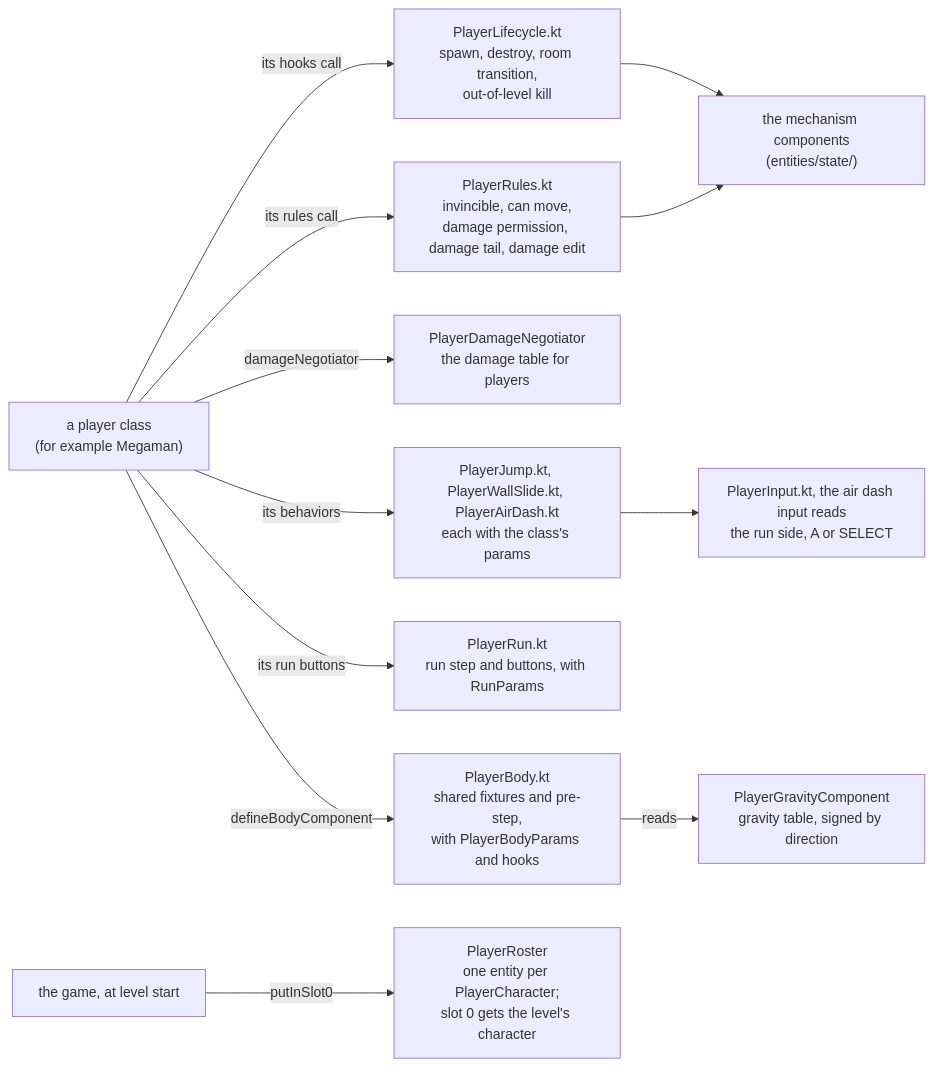
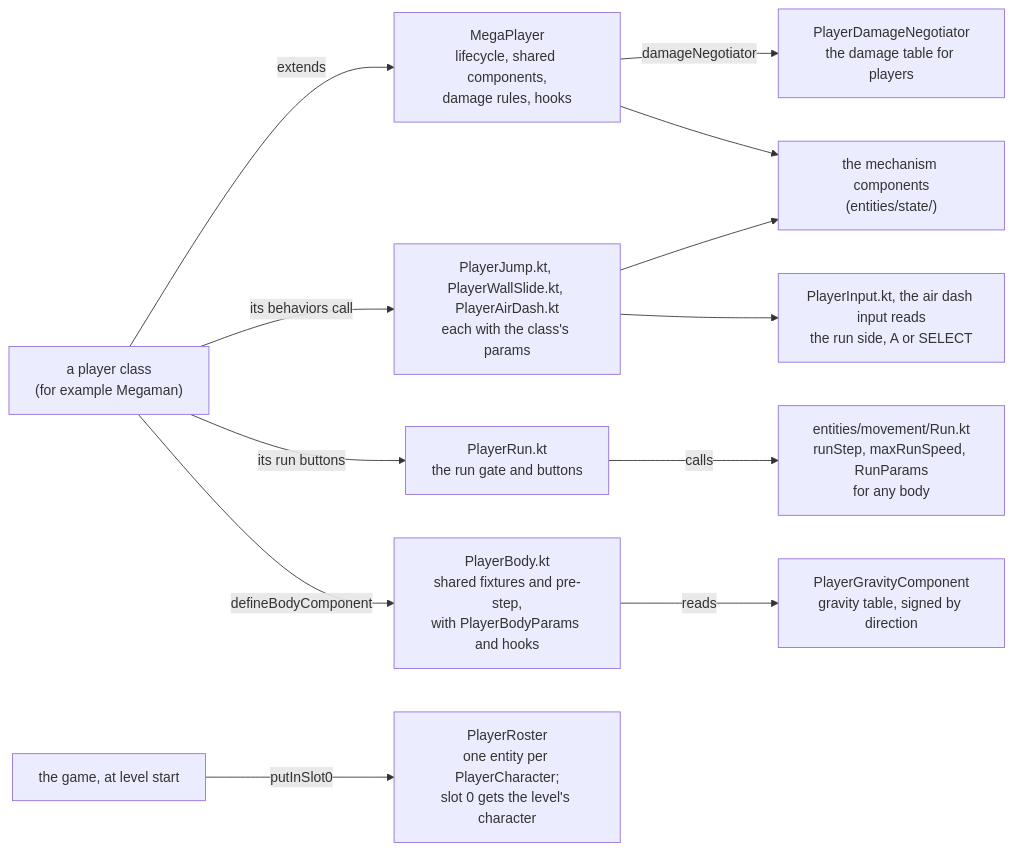
The first of 2 diagrams in core/src/main/kotlin/com/megaman/maverick/game/players/README.md (JohnLavender474/Megaman-Maverick), drawn with Mermaid before and after one commit. The commit also changed other lines of this file and 53 other files, not shown here.

````diff
--- a/core/src/main/kotlin/com/megaman/maverick/game/players/README.md
+++ b/core/src/main/kotlin/com/megaman/maverick/game/players/README.md
@@ -23,14 +28,14 @@
 ```mermaid
 flowchart LR
-    Class["a player class<br/>(for example Megaman)"] -- "its hooks call" --> Lifecycle["PlayerLifecycle.kt<br/>spawn, destroy, room transition,<br/>out-of-level kill"]
-    Class -- "its rules call" --> Rules["PlayerRules.kt<br/>invincible, can move,<br/>damage permission, damage tail, damage edit"]
-    Class -- "damageNegotiator" --> Negotiator["PlayerDamageNegotiator<br/>the damage table for players"]
-    Class -- "its behaviors" --> Moves["PlayerJump.kt, PlayerWallSlide.kt, PlayerAirDash.kt<br/>each with the class's params"]
-    Class -- "its run buttons" --> Run["PlayerRun.kt<br/>run step and buttons, with RunParams"]
+    Class["a player class<br/>(for example Megaman)"] -- "extends" --> Base["MegaPlayer<br/>lifecycle, shared components,<br/>damage rules, hooks"]
+    Base -- "damageNegotiator" --> Negotiator["PlayerDamageNegotiator<br/>the damage table for players"]
+    Class -- "its behaviors call" --> Moves["PlayerJump.kt, PlayerWallSlide.kt, PlayerAirDash.kt<br/>each with the class's params"]
+    Class -- "its run buttons" --> Run["PlayerRun.kt<br/>the run gate and buttons"]
+    Run -- "calls" --> Step["entities/movement/Run.kt<br/>runStep, maxRunSpeed, RunParams<br/>for any body"]
     Class -- "defineBodyComponent" --> Body["PlayerBody.kt<br/>shared fixtures and pre-step,<br/>with PlayerBodyParams and hooks"]
     Body -- "reads" --> Gravity["PlayerGravityComponent<br/>gravity table, signed by direction"]
     Moves --> Input["PlayerInput.kt, the air dash input reads<br/>the run side, A or SELECT"]
     Game["the game, at level start"] -- "putInSlot0" --> Roster["PlayerRoster<br/>one entity per PlayerCharacter;<br/>slot 0 gets the level's character"]
-    Lifecycle --> State["the mechanism components<br/>(entities/state/)"]
-    Rules --> State
+    Base --> State["the mechanism components<br/>(entities/state/)"]
+    Moves --> State
 ```
````
